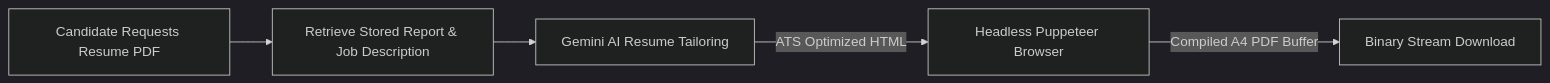
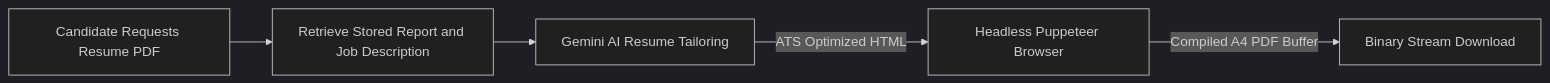
One commit to Shivam-S-Ramoliya/Gen-AI-Project changed the third of 3 diagrams in Documents/system_architecture_overview.md. Above: the diagram before and after it, drawn with Mermaid (dark theme). The commit also changed other lines of this file and 4 other files, not shown here.

Commit message:
fix(docs): resolve Mermaid syntax and character escaping in sequence diagrams

````diff
--- a/Documents/system_architecture_overview.md
+++ b/Documents/system_architecture_overview.md
@@ -126,7 +126,7 @@
 ```mermaid
 flowchart LR
-    A[Candidate Requests Resume PDF] --> B[Retrieve Stored Report & Job Description]
+    A["Candidate Requests Resume PDF"] --> B["Retrieve Stored Report and Job Description"]
     B --> C[Gemini AI Resume Tailoring]
     C -->|ATS Optimized HTML| D[Headless Puppeteer Browser]
     D -->|Compiled A4 PDF Buffer| E[Binary Stream Download]
 ```
````
